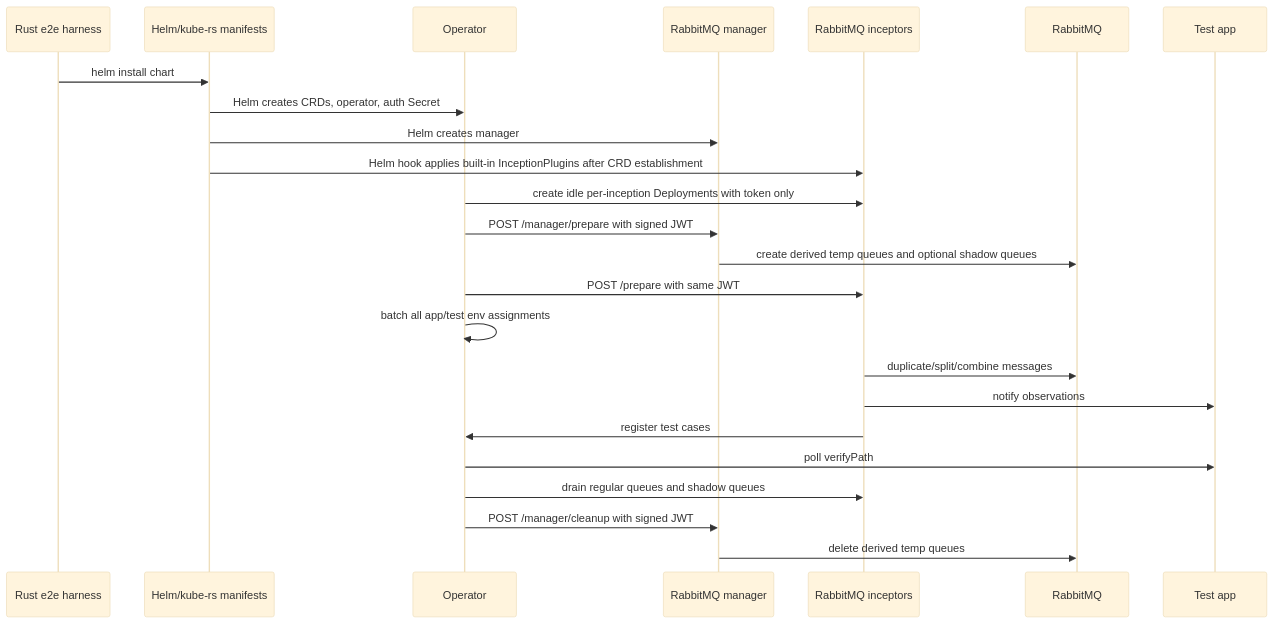
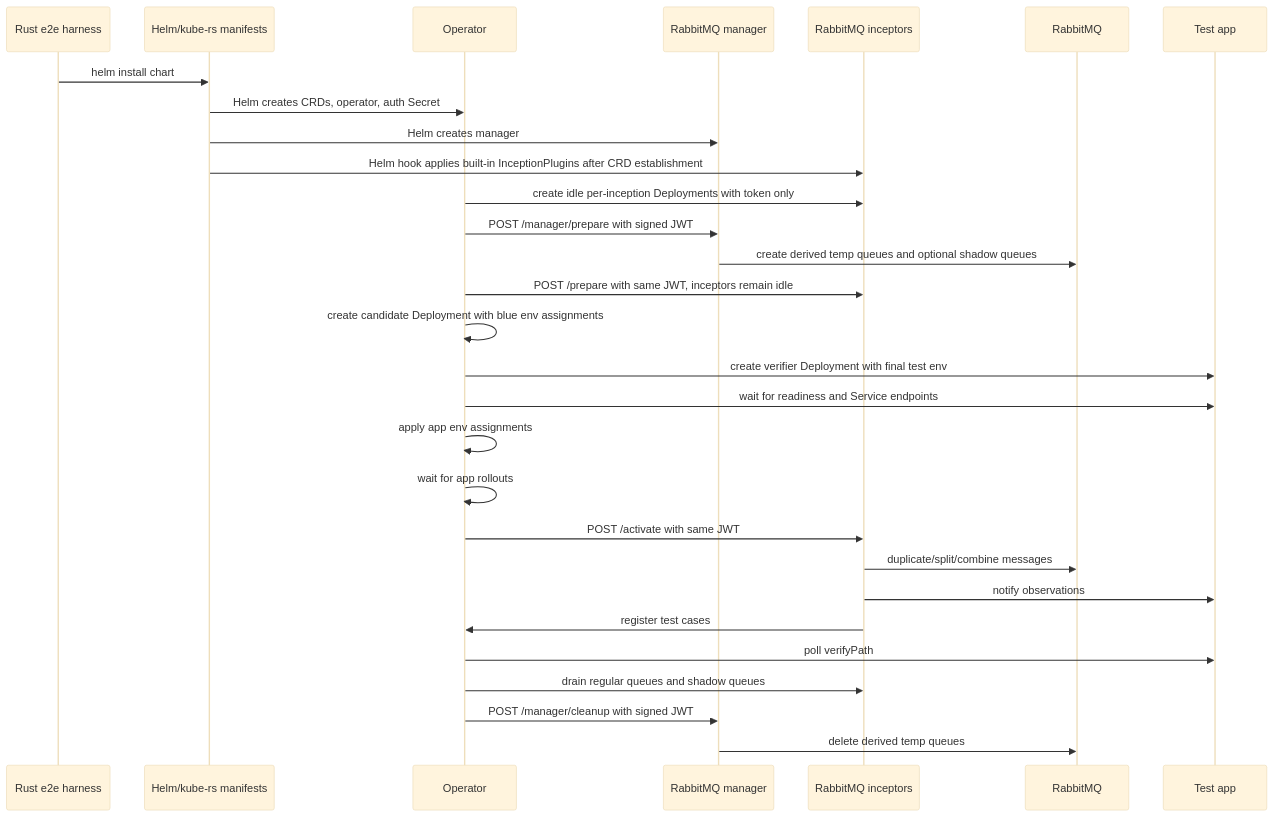
The third of 3 diagrams in docs/testing/e2e.md (dlahmad/fluidbgoperator), drawn with Mermaid (base theme) before and after one commit. The commit also changed other lines of this file and 70 other files, not shown here.

````diff
--- a/docs/testing/e2e.md
+++ b/docs/testing/e2e.md
@@ -130,27 +131,32 @@
 ```mermaid
 sequenceDiagram
     participant E as Rust e2e harness
     participant H as Helm/kube-rs manifests
     participant O as Operator
     participant M as RabbitMQ manager
     participant I as RabbitMQ inceptors
     participant R as RabbitMQ
     participant T as Test app
 
     E->>H: helm install chart
     H->>O: Helm creates CRDs, operator, auth Secret
     H->>M: Helm creates manager
     H->>I: Helm hook applies built-in InceptionPlugins after CRD establishment
     O->>I: create idle per-inception Deployments with token only
     O->>M: POST /manager/prepare with signed JWT
     M->>R: create derived temp queues and optional shadow queues
-    O->>I: POST /prepare with same JWT
-    O->>O: batch all app/test env assignments
+    O->>I: POST /prepare with same JWT, inceptors remain idle
+    O->>O: create candidate Deployment with blue env assignments
+    O->>T: create verifier Deployment with final test env
+    O->>T: wait for readiness and Service endpoints
+    O->>O: apply app env assignments
+    O->>O: wait for app rollouts
+    O->>I: POST /activate with same JWT
     I->>R: duplicate/split/combine messages
     I->>T: notify observations
     I->>O: register test cases
     O->>T: poll verifyPath
     O->>I: drain regular queues and shadow queues
     O->>M: POST /manager/cleanup with signed JWT
     M->>R: delete derived temp queues
 ```
````
